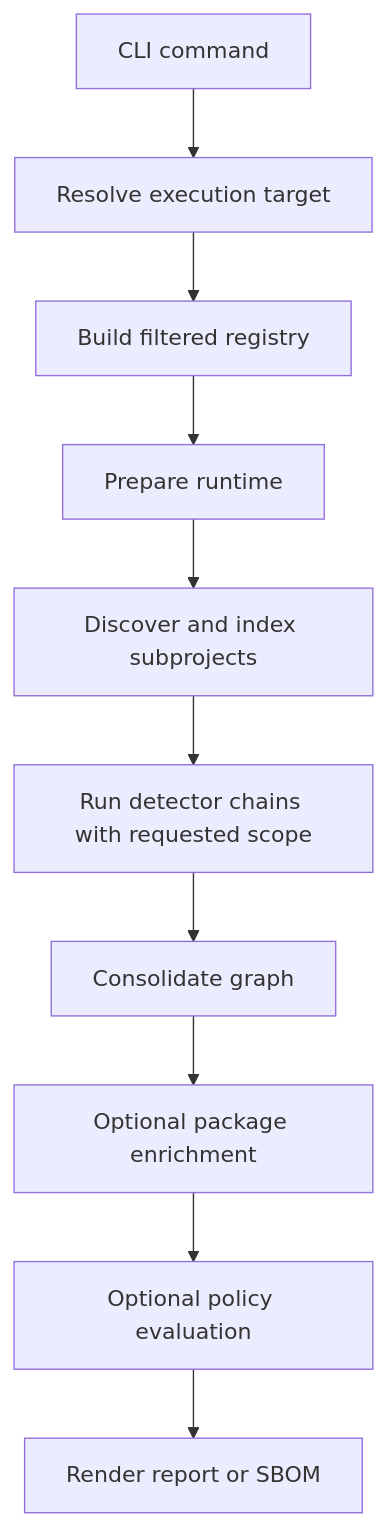
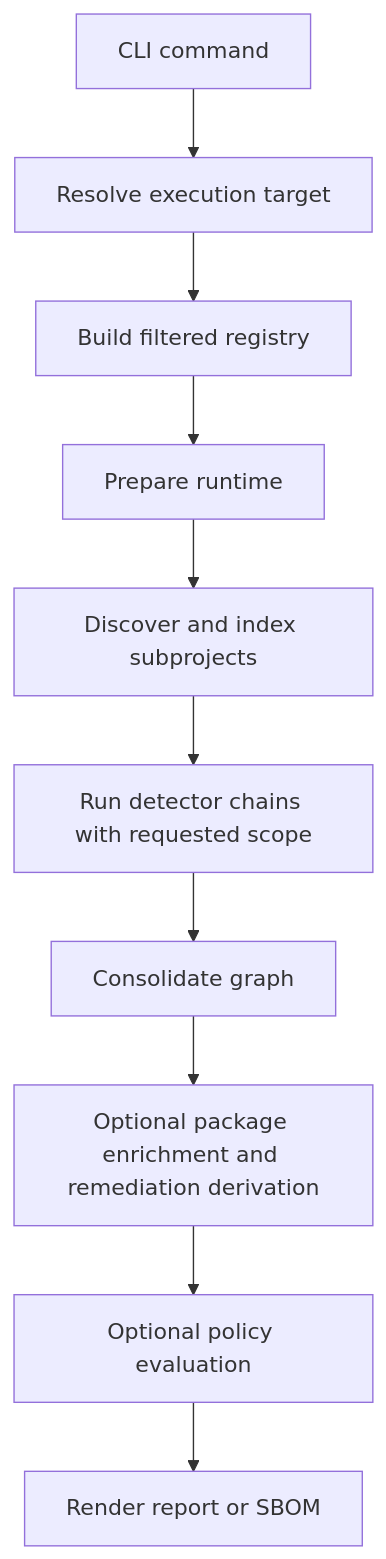
One commit to bomly-dev/bomly-cli changed the first of 4 diagrams in dev-docs/ARCHITECTURE.md. Above: the diagram before and after it, drawn with Mermaid. The commit also changed other lines of this file and 190 other files, not shown here.

First line of the commit message:
Centralize vulnerability remediation enrichment (#288)

````diff
--- a/dev-docs/ARCHITECTURE.md
+++ b/dev-docs/ARCHITECTURE.md
@@ -22,12 +22,12 @@
 ```mermaid
 flowchart TD
     A[CLI command] --> B[Resolve execution target]
     B --> C[Build filtered registry]
     C --> D[Prepare runtime]
     D --> E[Discover and index subprojects]
     E --> F[Run detector chains with requested scope]
     F --> G[Consolidate graph]
-    G --> H[Optional package enrichment]
+    G --> H[Optional package enrichment and remediation derivation]
     H --> I[Optional policy evaluation]
     I --> J[Render report or SBOM]
 ```
````
